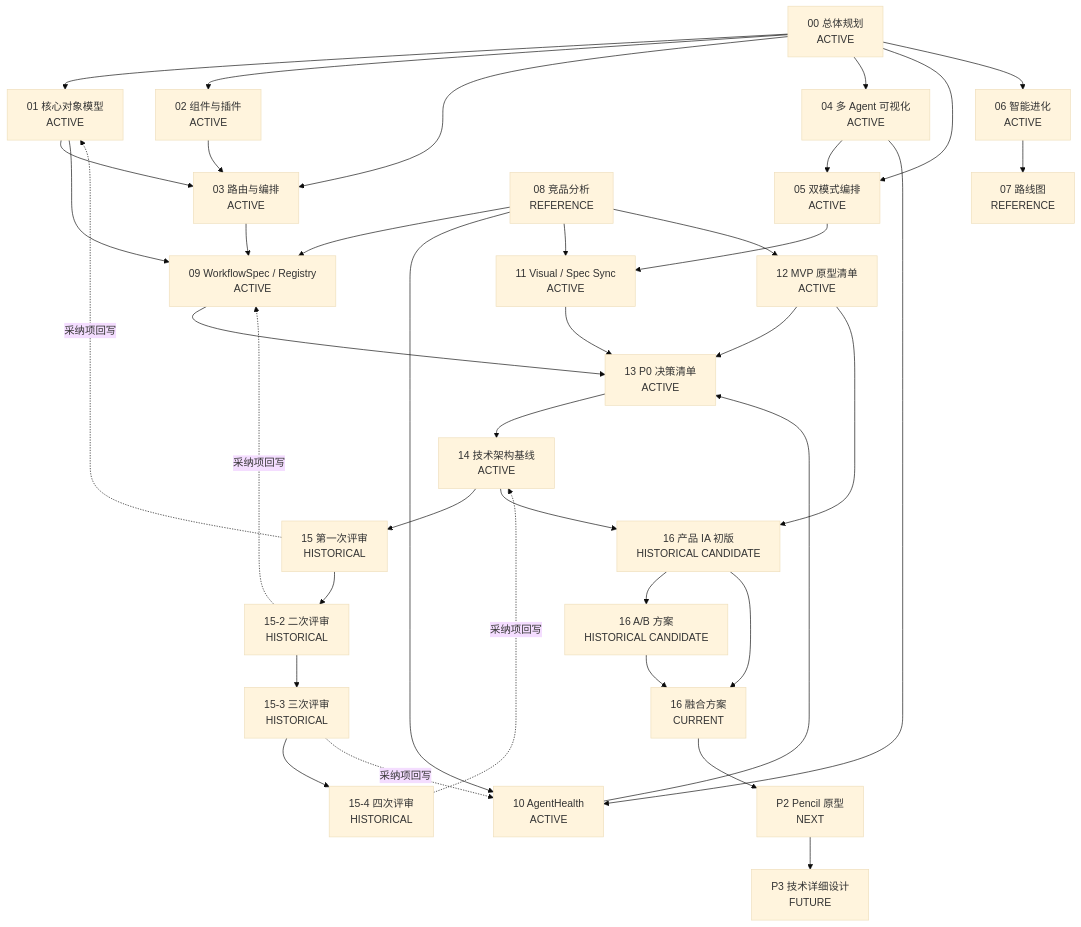
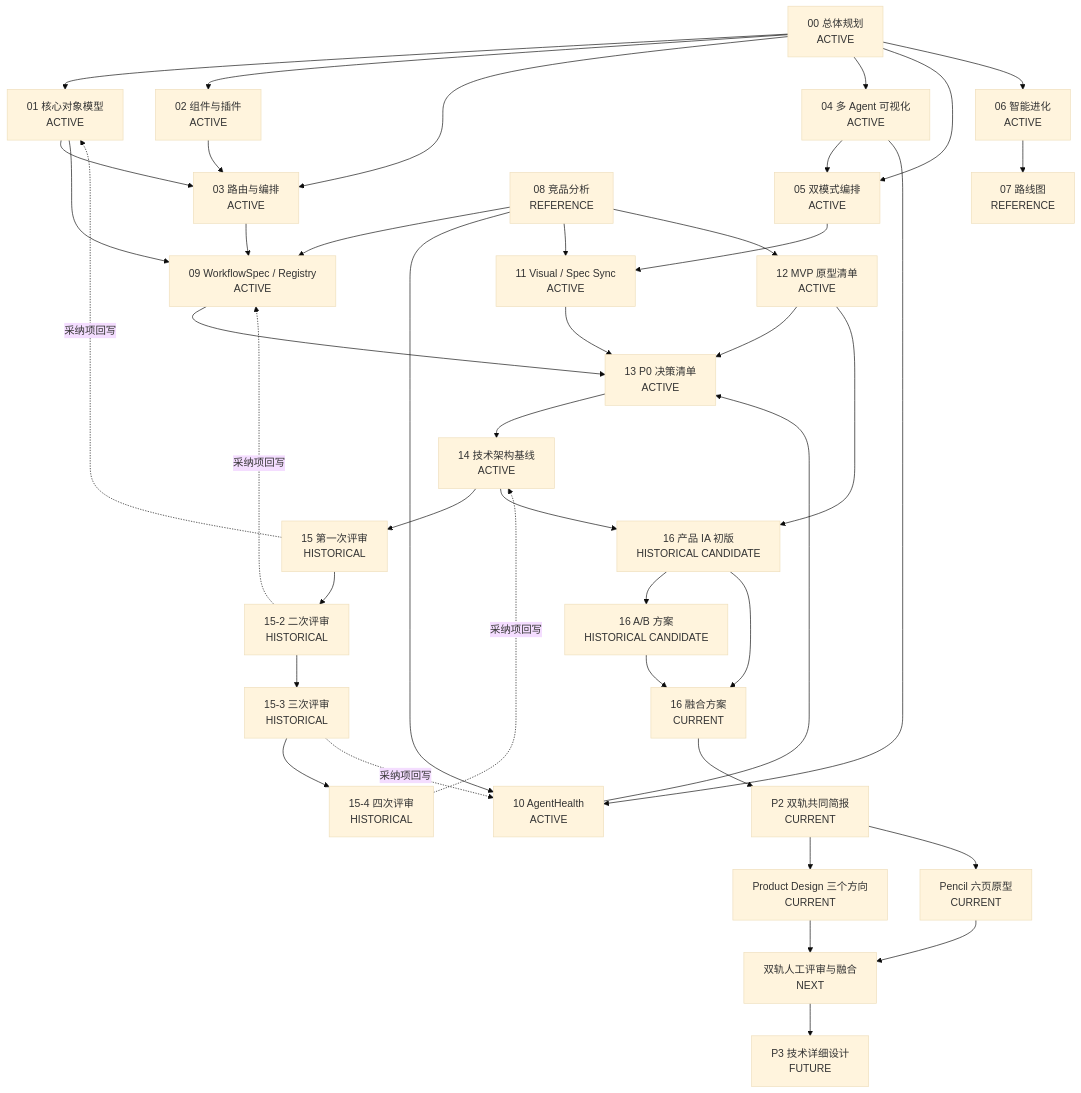
Before and after one commit to haozhangyue/miracle-agent: the diagram in 17_文档资产关联与AI阅读导航.md, drawn with Mermaid (base theme). The commit also changed other lines of this file and 18 other files, not shown here.

````diff
--- a/17_文档资产关联与AI阅读导航.md
+++ b/17_文档资产关联与AI阅读导航.md
@@ -76,59 +78,63 @@
 ```mermaid
 flowchart TD
   P00["00 总体规划<br/>ACTIVE"]
   P01["01 核心对象模型<br/>ACTIVE"]
   P02["02 组件与插件<br/>ACTIVE"]
   P03["03 路由与编排<br/>ACTIVE"]
   P04["04 多 Agent 可视化<br/>ACTIVE"]
   P05["05 双模式编排<br/>ACTIVE"]
   P06["06 智能进化<br/>ACTIVE"]
   P07["07 路线图<br/>REFERENCE"]
 
   P00 --> P01
   P00 --> P02
   P00 --> P03
   P00 --> P04
   P00 --> P05
   P00 --> P06
   P01 --> P03
   P02 --> P03
   P04 --> P05
   P06 --> P07
 
   P08["08 竞品分析<br/>REFERENCE"]
   P08 --> P09["09 WorkflowSpec / Registry<br/>ACTIVE"]
   P08 --> P10["10 AgentHealth<br/>ACTIVE"]
   P08 --> P11["11 Visual / Spec Sync<br/>ACTIVE"]
   P08 --> P12["12 MVP 原型清单<br/>ACTIVE"]
 
   P01 --> P09
   P03 --> P09
   P04 --> P10
   P05 --> P11
 
   P09 --> P13["13 P0 决策清单<br/>ACTIVE"]
   P10 --> P13
   P11 --> P13
   P12 --> P13
 
   P13 --> P14["14 技术架构基线<br/>ACTIVE"]
 
   P14 --> R1["15 第一次评审<br/>HISTORICAL"]
   R1 --> R2["15-2 二次评审<br/>HISTORICAL"]
   R2 --> R3["15-3 三次评审<br/>HISTORICAL"]
   R3 --> R4["15-4 四次评审<br/>HISTORICAL"]
 
   R1 -.采纳项回写.-> P01
   R2 -.采纳项回写.-> P09
   R3 -.采纳项回写.-> P10
   R4 -.采纳项回写.-> P14
 
   P14 --> IA1["16 产品 IA 初版<br/>HISTORICAL CANDIDATE"]
   P12 --> IA1
   IA1 --> IAB["16 A/B 方案<br/>HISTORICAL CANDIDATE"]
   IA1 --> IAF["16 融合方案<br/>CURRENT"]
   IAB --> IAF
 
-  IAF --> Prototype["P2 Pencil 原型<br/>NEXT"]
-  Prototype --> P3["P3 技术详细设计<br/>FUTURE"]
+  IAF --> Brief["P2 双轨共同简报<br/>CURRENT"]
+  Brief --> PD["Product Design 三个方向<br/>CURRENT"]
+  Brief --> Pencil["Pencil 六页原型<br/>CURRENT"]
+  PD --> Review["双轨人工评审与融合<br/>NEXT"]
+  Pencil --> Review
+  Review --> P3["P3 技术详细设计<br/>FUTURE"]
 ```
````
